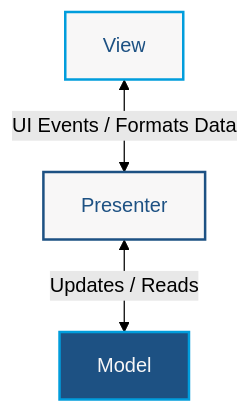
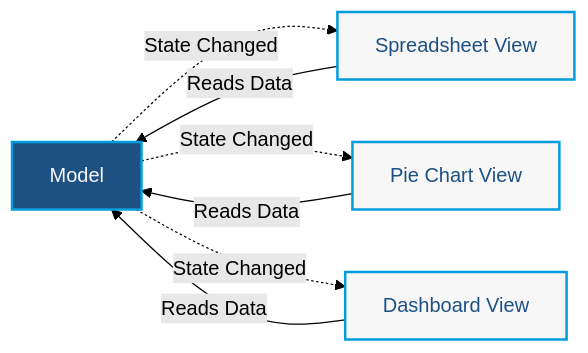
The diagram in chapter-04/diagrams/diagram-03.md (bpbpublications/Practical-Software-Architecture-Patterns-with-Java), drawn with Mermaid (forest theme) before and after one commit.

Commit message:
docs: update diagram-03.md to include mermaid syntax for better visualization

````diff
--- a/chapter-04/diagrams/diagram-03.md
+++ b/chapter-04/diagrams/diagram-03.md
@@ -1,9 +1,21 @@
 ```mermaid
-graph TD
-V[View] <-->|UI Events / Formats Data| P[Presenter]
-P <-->|Updates / Reads| M[Model]
+graph LR
+    M[Model]
 
-style V fill:#F8F7F7,stroke:#019DDC,stroke-width:2px,color:#1D5183
-style P fill:#F8F7F7,stroke:#1D5183,stroke-width:2px,color:#1D5183
-style M fill:#1D5183,stroke:#019DDC,stroke-width:2px,color:#F8F7F7
+    V1[Spreadsheet View]
+    V2[Pie Chart View]
+    V3[Dashboard View]
+
+    M -.->|State Changed| V1
+    M -.->|State Changed| V2
+    M -.->|State Changed| V3
+
+    V1 -->|Reads Data| M
+    V2 -->|Reads Data| M
+    V3 -->|Reads Data| M
+
+    style M fill:#1D5183,stroke:#019DDC,stroke-width:2px,color:#F8F7F7
+    style V1 fill:#F8F7F7,stroke:#019DDC,stroke-width:2px,color:#1D5183
+    style V2 fill:#F8F7F7,stroke:#019DDC,stroke-width:2px,color:#1D5183
+    style V3 fill:#F8F7F7,stroke:#019DDC,stroke-width:2px,color:#1D5183
 ```
````
